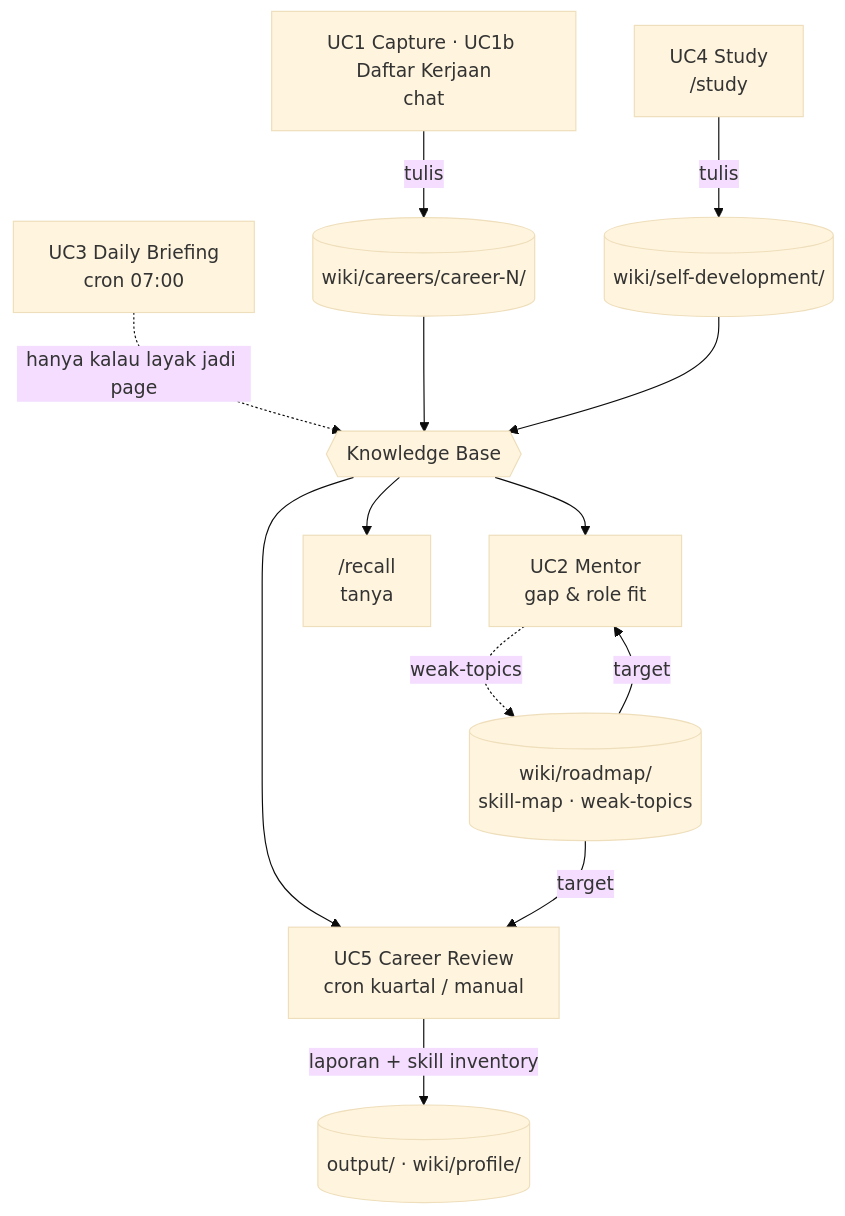
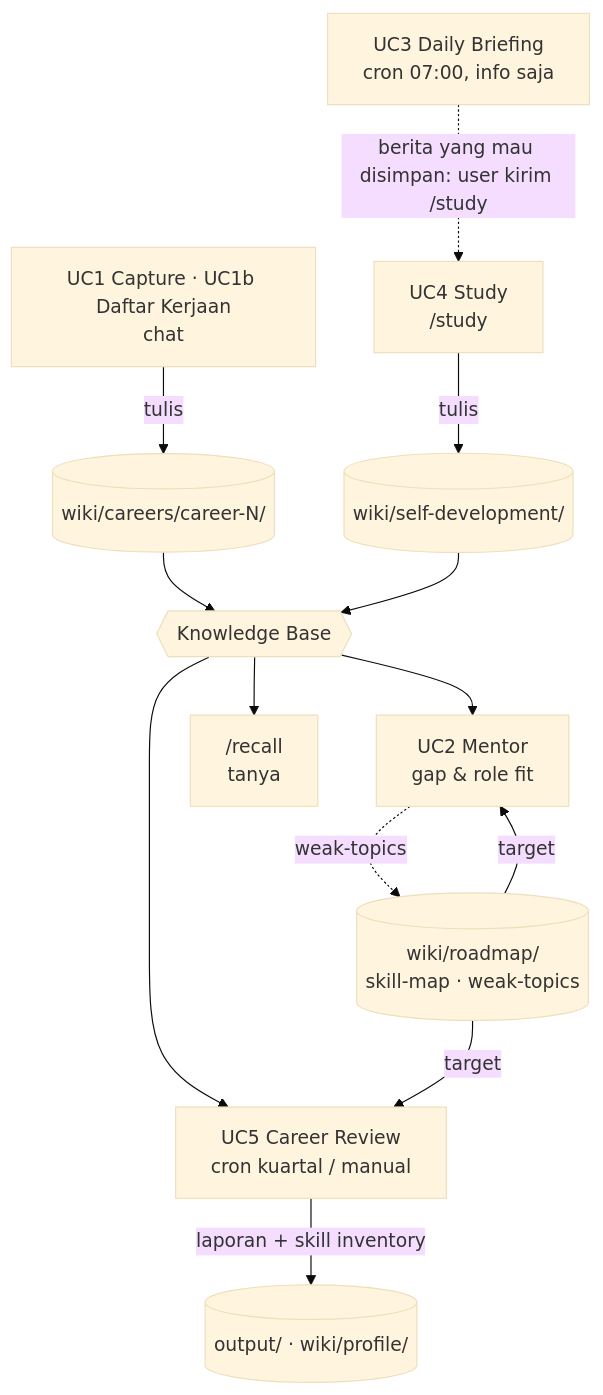
Before and after one commit to nuridho/igrow: the first of 2 diagrams in PRD/02-use-cases.md, drawn with Mermaid (base theme). The commit also changed other lines of this file and 7 other files, not shown here.

````diff
--- a/PRD/02-use-cases.md
+++ b/PRD/02-use-cases.md
@@ -26,15 +26,15 @@
 ```mermaid
 flowchart TD
     uc1["UC1 Capture · UC1b Daftar Kerjaan<br/>chat"] -->|tulis| careers[("wiki/careers/career-N/")]
     uc4["UC4 Study<br/>/study"] -->|tulis| selfdev[("wiki/self-development/")]
-    uc3["UC3 Daily Briefing<br/>cron 07:00"] -. "hanya kalau layak jadi page" .-> kb
+    uc3["UC3 Daily Briefing<br/>cron 07:00, info saja"] -. "berita yang mau disimpan: user kirim /study" .-> uc4
     careers --> kb{{"Knowledge Base"}}
     selfdev --> kb
     kb --> uc2["UC2 Mentor<br/>gap & role fit"]
     kb --> recall["/recall<br/>tanya"]
     kb --> uc5["UC5 Career Review<br/>cron kuartal / manual"]
     roadmap[("wiki/roadmap/<br/>skill-map · weak-topics")] -->|target| uc2
     roadmap -->|target| uc5
     uc2 -. "weak-topics" .-> roadmap
     uc5 -->|"laporan + skill inventory"| out[("output/ · wiki/profile/")]
 ```
````
